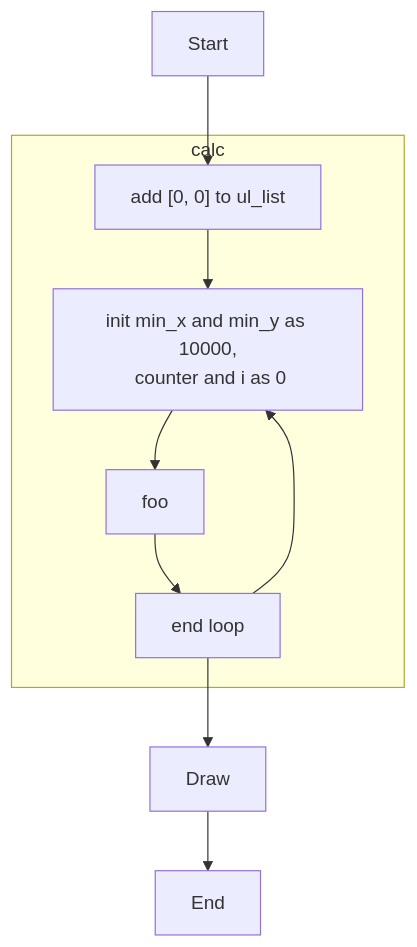
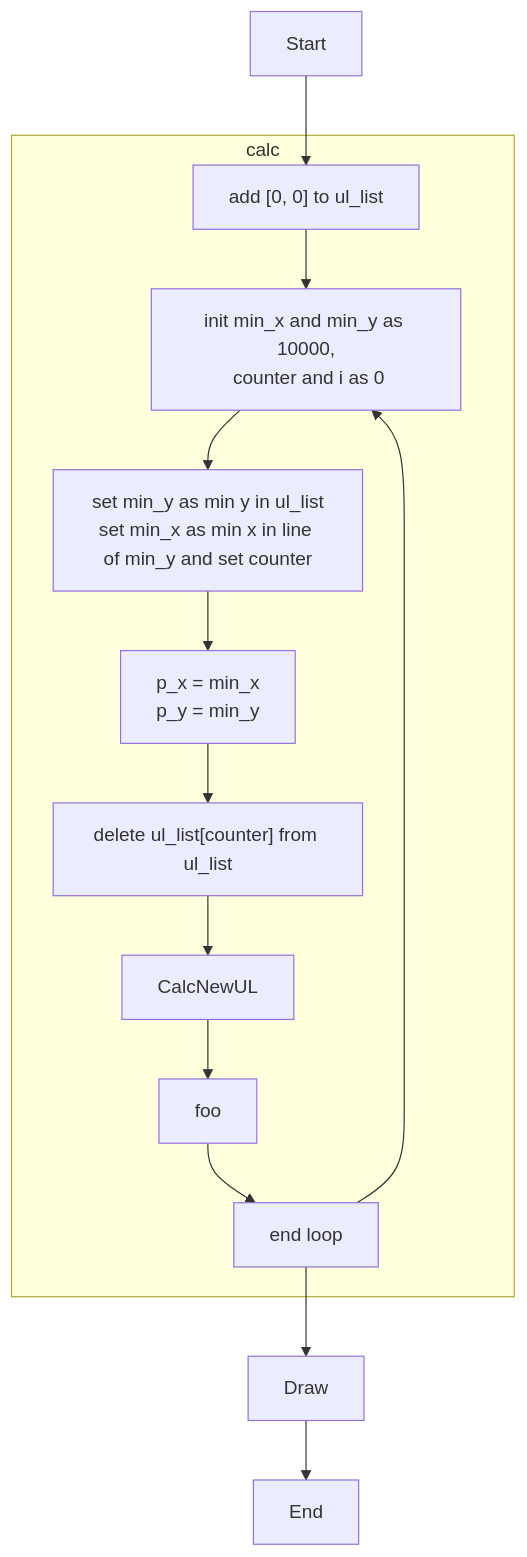
The diagram in README.md (kyhs/mosaidom), drawn with Mermaid before and after one commit.

````diff
--- a/README.md
+++ b/README.md
@@ -3,13 +3,17 @@
 ```mermaid
 graph TB
   Start[Start] --> CalcInit["add [0, 0] to ul_list"]
   subgraph calc
     CalcInit --> LoopInit[init min_x and min_y as 10000,<br> counter and i as 0]
-    LoopInit --> foo
+    LoopInit --> SetMinXY["set min_y as min y in ul_list<br>set min_x as min x in line of min_y and set counter"]
+    SetMinXY --> ULPointNow["p_x = min_x<br>p_y = min_y"]
+    ULPointNow --> DeleteUL["delete ul_list[counter] from ul_list"]
+    DeleteUL --> CalcNewUL
+    CalcNewUL --> foo
     foo --> EndLoop
     EndLoop[end loop] --> LoopInit
     end
   EndLoop --> Draw
 
   Draw --> End[End]
 ```
````
